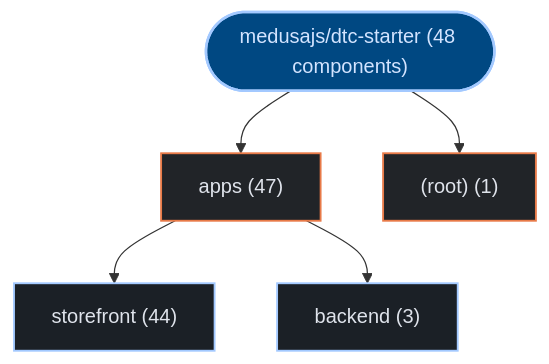
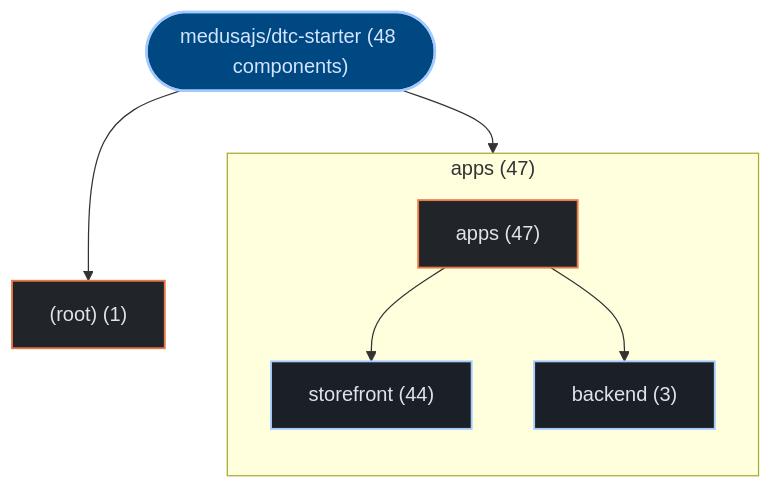
Before and after one commit to kumarshaz/atruss-code-atlas: the first of 2 diagrams in exports/latest/reports/medusajs-dtc-starter-report.md, drawn with Mermaid. The commit also changed 178 other files, not shown here.

Commit message:
feat(ui,mermaid): upgrade to mermaid v12 + ELK layout, add orgs-summary + pagination, subgraph building blocks, fix tab alignment

````diff
--- a/exports/latest/reports/medusajs-dtc-starter-report.md
+++ b/exports/latest/reports/medusajs-dtc-starter-report.md
@@ -41,19 +41,22 @@
 ```mermaid
 graph TD;
   classDef atlasRoot fill:#004882,stroke:#a3c9ff,stroke-width:2px,color:#d3e4ff
   classDef atlasCategory fill:#212428,stroke:#E87A48,stroke-width:1.5px,color:#dfe3eb
   classDef atlasWorkflow fill:#1b2026,stroke:#a3c9ff,stroke-width:1.5px,color:#dfe3eb
   classDef atlasJob fill:#171c22,stroke:#8d9199,stroke-width:1px,color:#dfe3eb
   classDef atlasTarget fill:#005227,stroke:#8bd99b,stroke-width:1.5px,color:#a7f6b6
   classDef atlasAlert fill:#93000a,stroke:#ffb4ab,stroke-width:1.5px,color:#ffdad6
   classDef atlasMore fill:#252a31,stroke:#8d9199,stroke-dasharray:4 4,color:#c3c6cf
     repo_root(["medusajs/dtc-starter (48 components)"]):::atlasRoot
-    dir_0_apps["apps (47)"]:::atlasCategory
+    subgraph sg_dir_0_apps["apps (47)"]
+      direction TB
+      dir_0_apps["apps (47)"]:::atlasCategory
+      sub_0_0_storefront["storefront (44)"]:::atlasWorkflow
+      dir_0_apps --> sub_0_0_storefront
+      sub_0_1_backend["backend (3)"]:::atlasWorkflow
+      dir_0_apps --> sub_0_1_backend
+    end
     repo_root --> dir_0_apps
-    sub_0_0_storefront["storefront (44)"]:::atlasWorkflow
-    dir_0_apps --> sub_0_0_storefront
-    sub_0_1_backend["backend (3)"]:::atlasWorkflow
-    dir_0_apps --> sub_0_1_backend
     dir_1__root_["(root) (1)"]:::atlasCategory
     repo_root --> dir_1__root_
 ```
````
